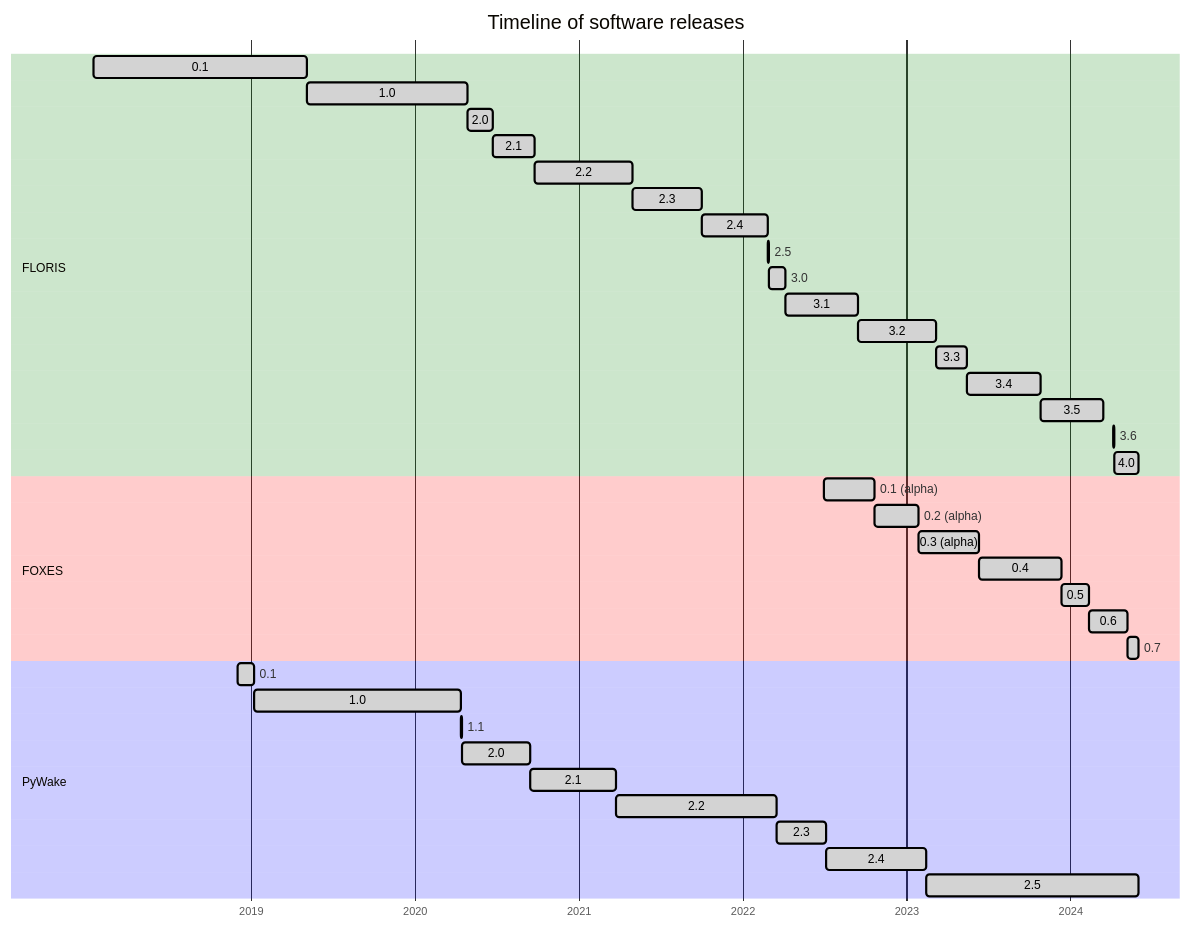
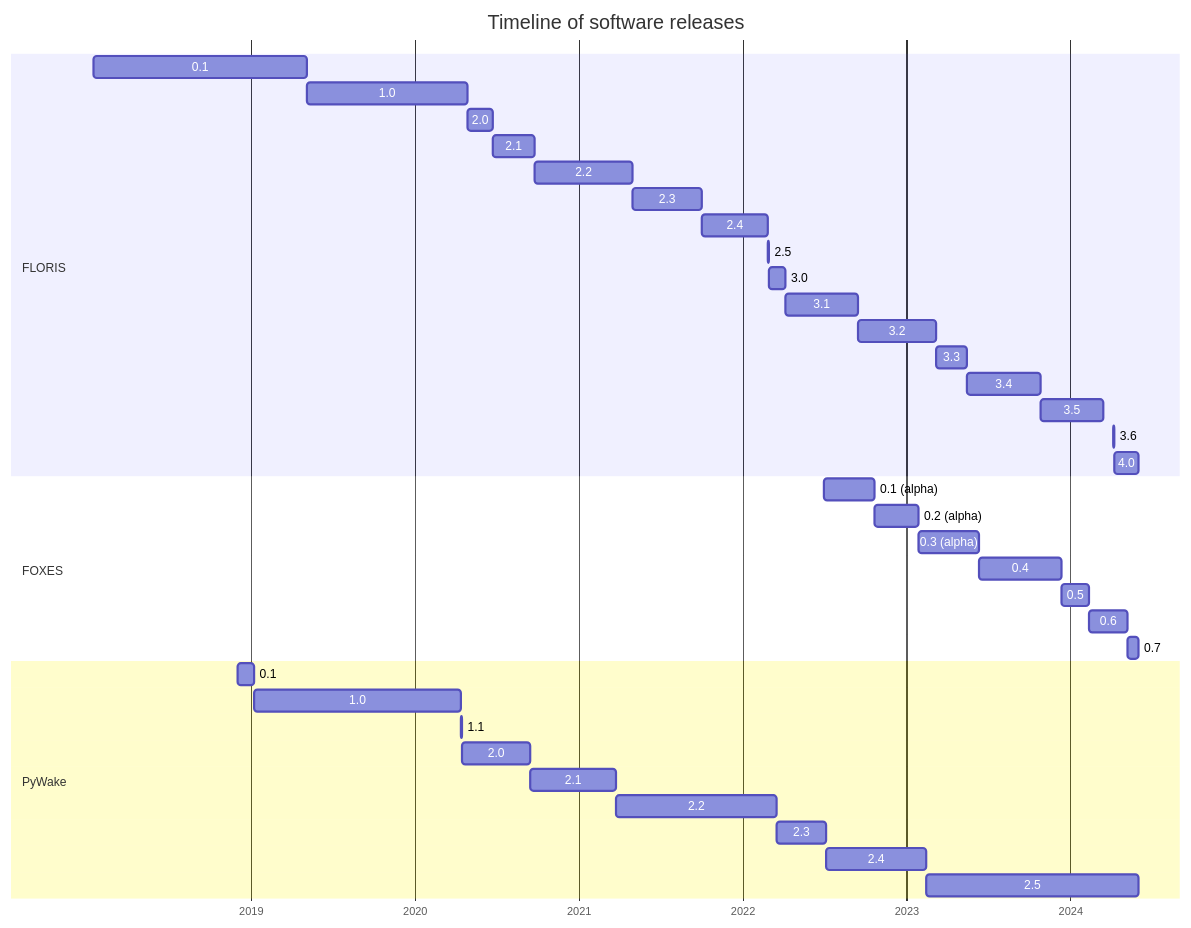
The diagram in docs/dashboard.md (rafmudaf/wcomp), drawn with Mermaid before and after one commit.

Commit message:
Fix mermaid theme block

````diff
--- a/docs/dashboard.md
+++ b/docs/dashboard.md
@@ -238,57 +238,56 @@
 ```{mermaid}
 ---
 title: Timeline of software releases
-config:
-  theme: base
-  themeVariables:
-    sectionBkgColor: green
-    altSectionBkgColor: red
-    sectionBkgColor2: blue
-    taskBkgColor: lightgrey
-    taskBorderColor: black
-    taskTextColor: black
+theme: base
+themeVariables:
+  sectionBkgColor: green
+  altSectionBkgColor: red
+  sectionBkgColor2: blue
+  taskBkgColor: lightgrey
+  taskBorderColor: black
+  taskTextColor: black
 caption: Timeline of software releases
 ---
 gantt
     dateFormat  YYYY-MM-DD
     axisFormat  %Y
     todayMarker off
 
     section FLORIS
     0.1 :2018-01-16, 2019-05-07
     1.0 :2019-05-07, 2020-04-27
     2.0 :2020-04-27, 2020-06-23
     2.1 :2020-06-23, 2020-09-25
     2.2 :2020-09-25, 2021-05-01
     2.3 :2021-05-01, 2021-10-02
     2.4 :2021-10-02, 2022-02-25
     2.5 :2022-02-25, 2022-03-01
     3.0 :2022-03-01, 2022-04-06
     3.1 :2022-04-06, 2022-09-16
     3.2 :2022-09-16, 2023-03-07
     3.3 :2023-03-07, 2023-05-16
     3.4 :2023-05-16, 2023-10-26
     3.5 :2023-10-26, 2024-03-15
     3.6 :2024-04-05, 2024-04-09
     4.0 :2024-04-09, 2024-06-01
 
     section FOXES
     0.1 (alpha) :2022-07-01, 2022-10-22
     0.2 (alpha) :2022-10-22, 2023-01-27
     0.3 (alpha) :2023-01-27, 2023-06-12
     0.4 :2023-06-12, 2023-12-13
     0.5 :2023-12-13, 2024-02-12
     0.6 :2024-02-12, 2024-05-08
     0.7 :2024-05-08, 2024-06-01
 
     section PyWake
     0.1 :2018-12-03, 2019-01-10
     1.0 :2019-01-10, 2020-04-14
     1.1 :2020-04-14, 2020-04-17
     2.0 :2020-04-17, 2020-09-15
     2.1 :2020-09-15, 2021-03-26
     2.2 :2021-03-26, 2022-03-18
     2.3 :2022-03-18, 2022-07-06
     2.4 :2022-07-06, 2023-02-15
     2.5 :2023-02-15, 2024-06-01
 ```
````
